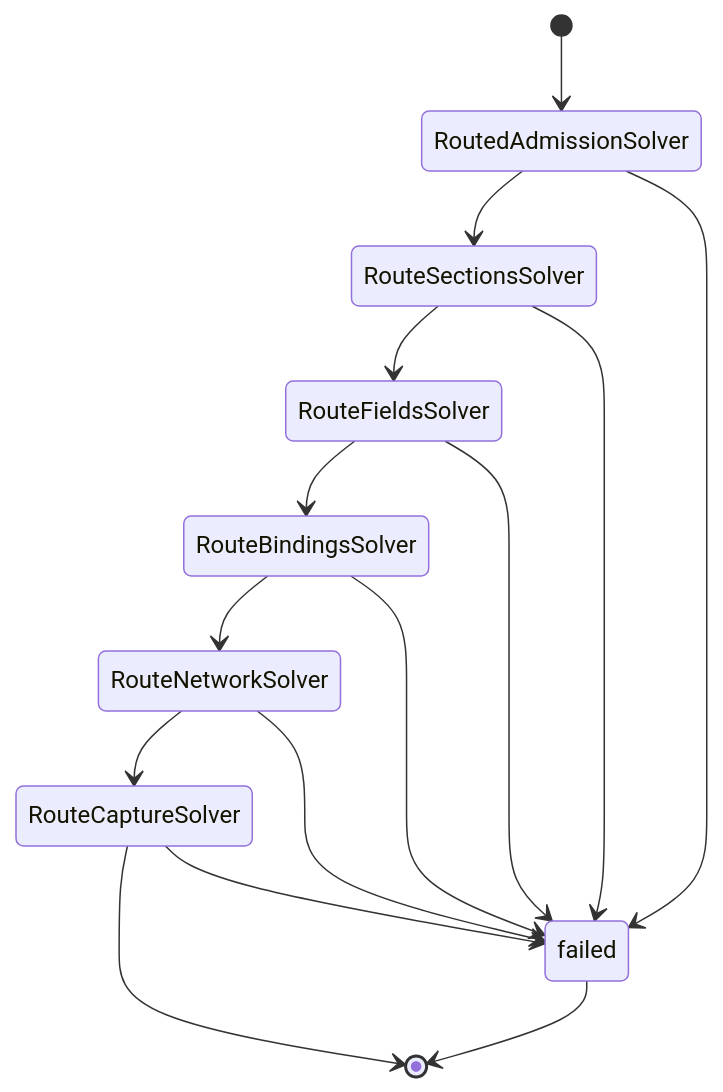
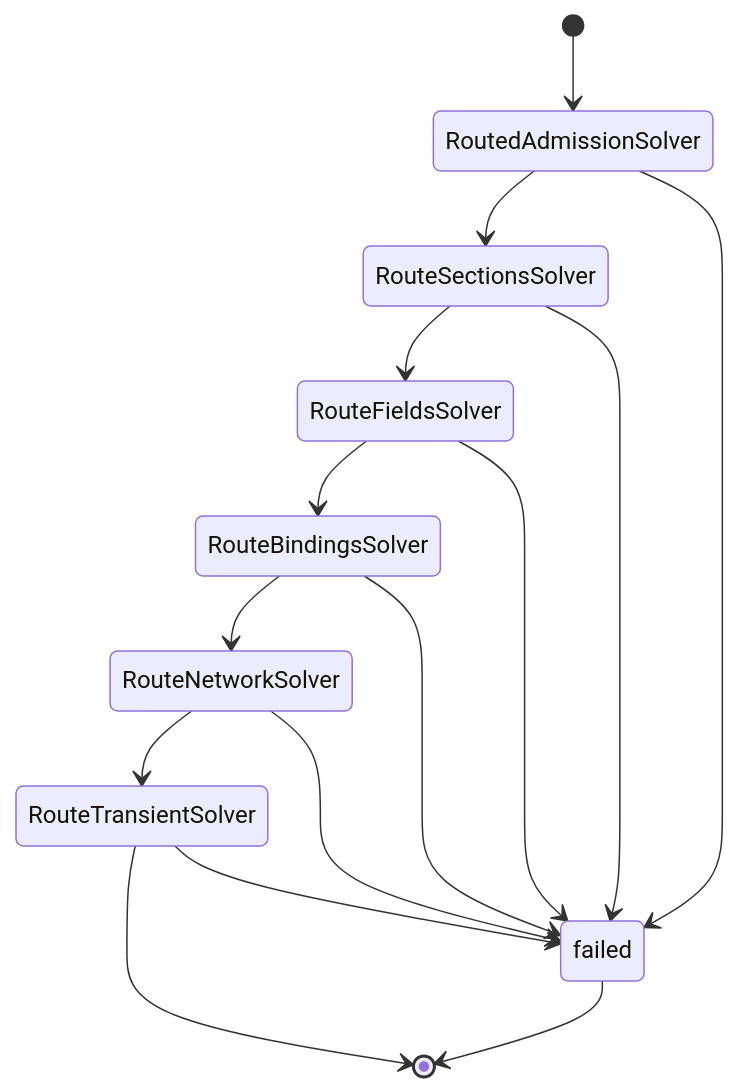
One commit to tscircuit/pcb-spice-pipeline changed the fourth of 4 diagrams in README.md. Above: the diagram before and after it, drawn with Mermaid. The commit also changed other lines of this file and 34 other files, not shown here.

````diff
--- a/README.md
+++ b/README.md
@@ -146,17 +144,17 @@
 ```mermaid
 stateDiagram-v2
   [*] --> RoutedAdmissionSolver
   RoutedAdmissionSolver --> RouteSectionsSolver
   RouteSectionsSolver --> RouteFieldsSolver
   RouteFieldsSolver --> RouteBindingsSolver
   RouteBindingsSolver --> RouteNetworkSolver
-  RouteNetworkSolver --> RouteCaptureSolver
-  RouteCaptureSolver --> [*]
+  RouteNetworkSolver --> RouteTransientSolver
+  RouteTransientSolver --> [*]
   RoutedAdmissionSolver --> failed
   RouteSectionsSolver --> failed
   RouteFieldsSolver --> failed
   RouteBindingsSolver --> failed
   RouteNetworkSolver --> failed
-  RouteCaptureSolver --> failed
+  RouteTransientSolver --> failed
   failed --> [*]
 ```
````
